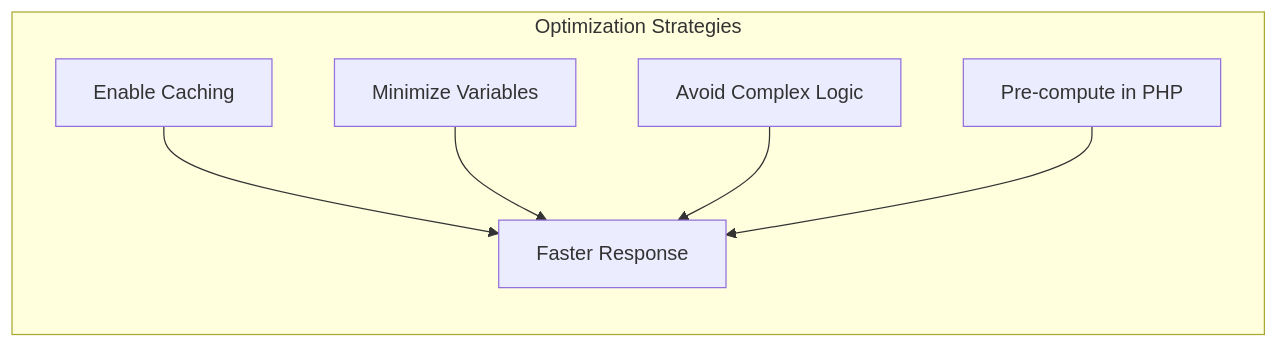
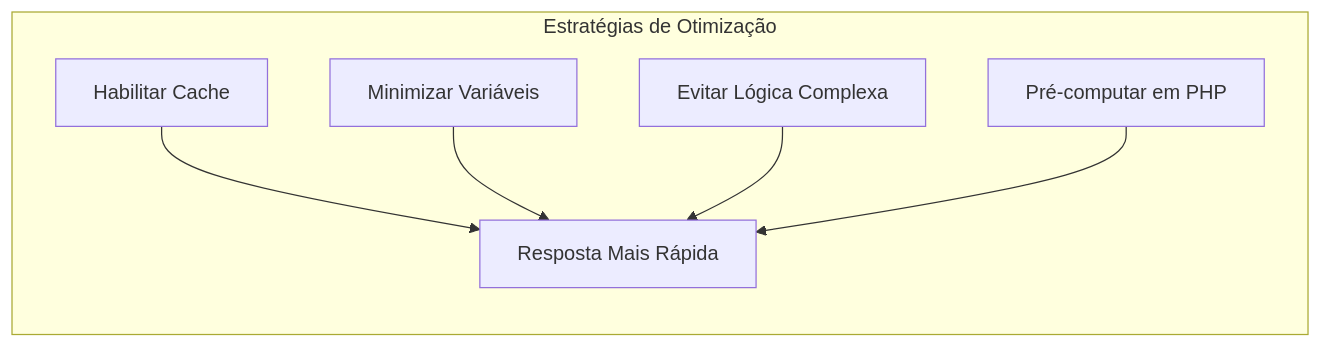
One commit to mambax7/xoops-docs changed the third of 3 diagrams in apps/docs-27/src/content/docs/pt/api-reference/template/smarty.md. Above: the diagram before and after it, drawn with Mermaid. The commit also changed other lines of this file and 162 other files, not shown here.

````diff
--- a/apps/docs-27/src/content/docs/pt/api-reference/template/smarty.md
+++ b/apps/docs-27/src/content/docs/pt/api-reference/template/smarty.md
@@ -398,9 +398,9 @@
 ```mermaid
 graph LR
-    subgraph "Optimization Strategies"
-        A[Enable Caching] --> E[Faster Response]
-        B[Minimize Variables] --> E
-        C[Avoid Complex Logic] --> E
-        D[Pre-compute in PHP] --> E
+    subgraph "Estratégias de Otimização"
+        A[Habilitar Cache] --> E[Resposta Mais Rápida]
+        B[Minimizar Variáveis] --> E
+        C[Evitar Lógica Complexa] --> E
+        D[Pré-computar em PHP] --> E
     end
 ```
````
